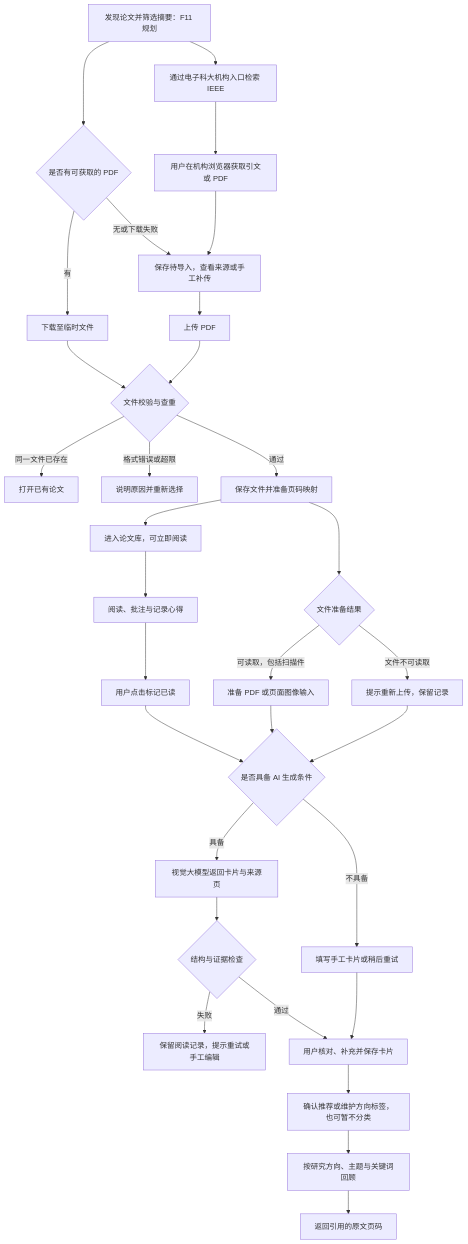
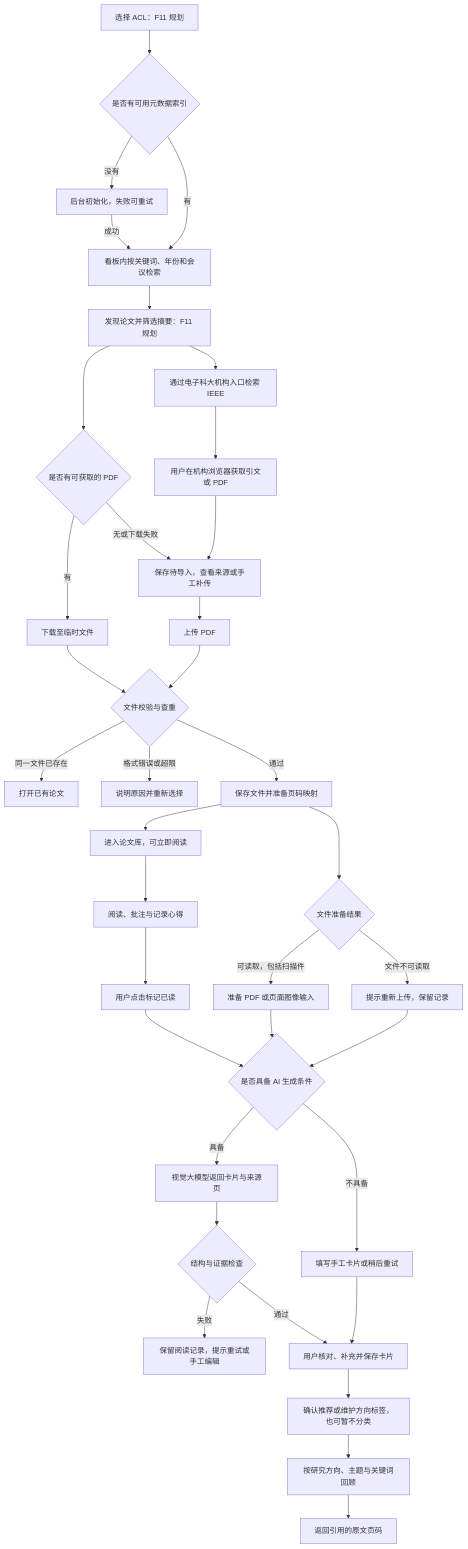
Before and after one commit to iaslay/Paper-Management-System: the diagram in docs/产品需求文档.md, drawn with Mermaid. The commit also changed other lines of this file and 3 other files, not shown here.

````diff
--- a/docs/产品需求文档.md
+++ b/docs/产品需求文档.md
@@ -72,33 +75,38 @@
 ```mermaid
 flowchart TD
     X[发现论文并筛选摘要：F11 规划] --> Y{是否有可获取的 PDF}
+    AX[选择 ACL：F11 规划] --> AI{是否有可用元数据索引}
+    AI -->|没有| AS[后台初始化，失败可重试]
+    AS -->|成功| AL[看板内按关键词、年份和会议检索]
+    AI -->|有| AL
+    AL --> X
     X --> IV[通过电子科大机构入口检索 IEEE]
     IV --> IC[用户在机构浏览器获取引文或 PDF]
     IC --> W
     Y -->|有| Z[下载至临时文件]
     Z --> B
     Y -->|无或下载失败| W[保存待导入，查看来源或手工补传]
     W --> A
     A[上传 PDF] --> B{文件校验与查重}
     B -->|同一文件已存在| C[打开已有论文]
     B -->|格式错误或超限| D[说明原因并重新选择]
     B -->|通过| E[保存文件并准备页码映射]
     E --> F[进入论文库，可立即阅读]
     E --> G{文件准备结果}
     G -->|可读取，包括扫描件| H[准备 PDF 或页面图像输入]
     G -->|文件不可读取| I[提示重新上传，保留记录]
     F --> J[阅读、批注与记录心得]
     J --> K[用户点击标记已读]
     K --> L{是否具备 AI 生成条件}
     H --> L
     I --> L
     L -->|具备| M[视觉大模型返回卡片与来源页]
     L -->|不具备| N[填写手工卡片或稍后重试]
     M --> O{结构与证据检查}
     O -->|失败| P[保留阅读记录，提示重试或手工编辑]
     O -->|通过| Q[用户核对、补充并保存卡片]
     N --> Q
     Q --> T[确认推荐或维护方向标签，也可暂不分类]
     T --> R[按研究方向、主题与关键词回顾]
     R --> S[返回引用的原文页码]
 ```
````
